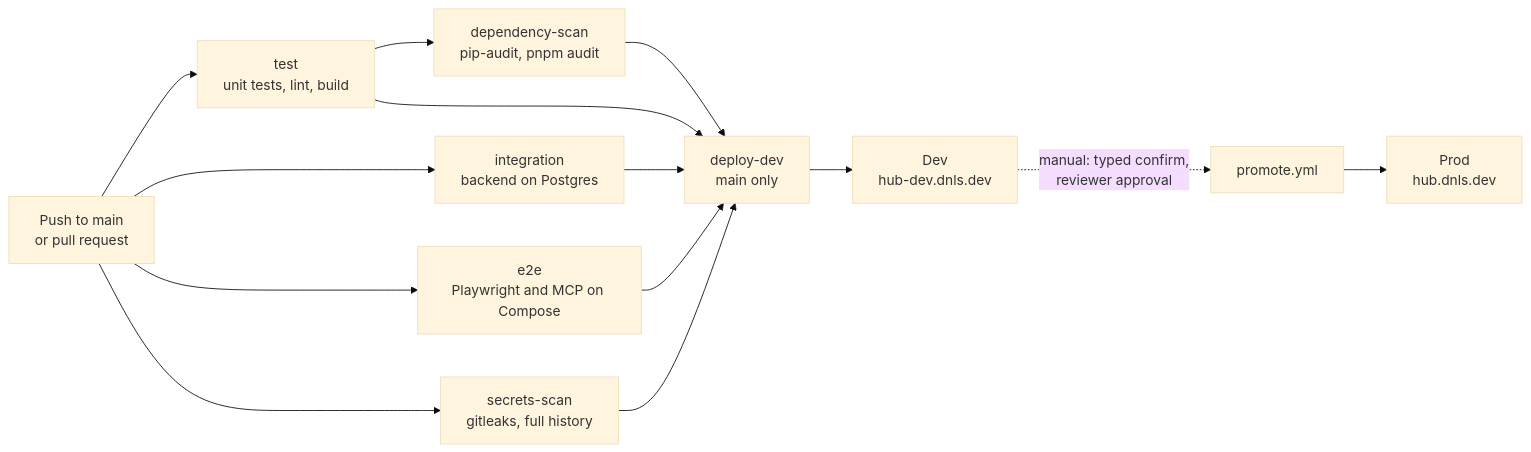
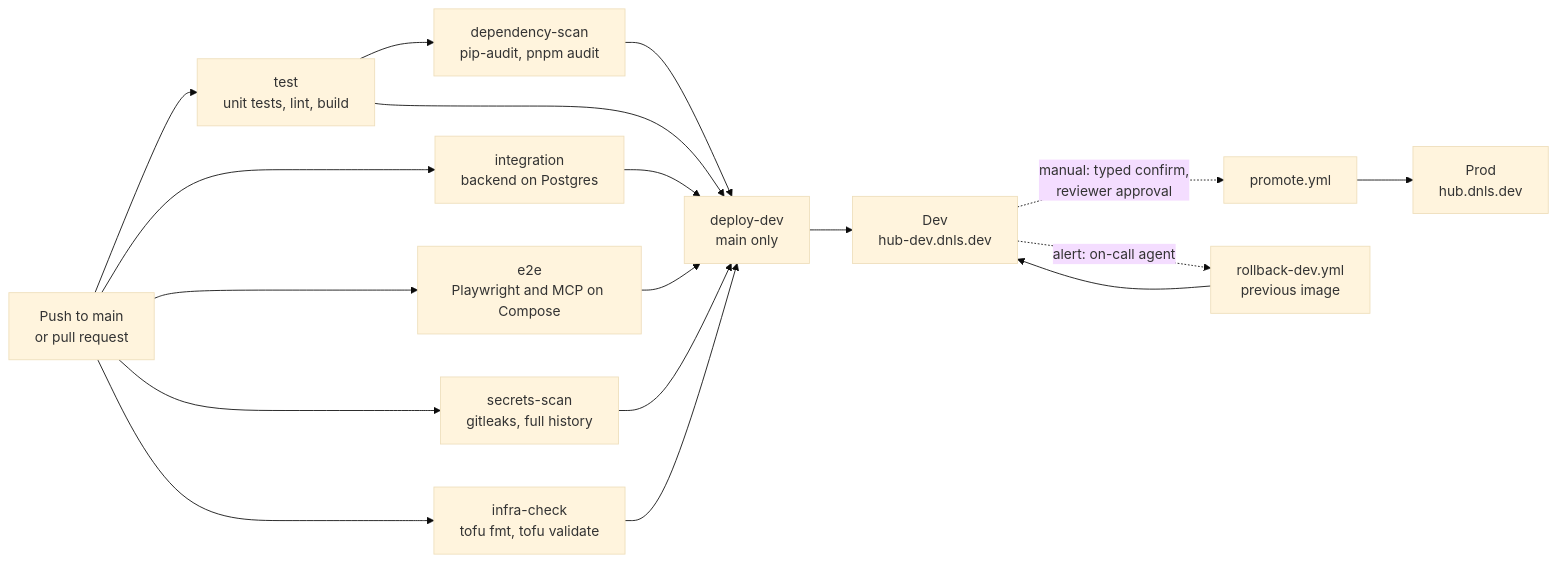
Before and after one commit to rdanielsstat/hub-platform: the third of 4 diagrams in README.md, drawn with Mermaid (base theme). The commit also changed other lines of this file and 20 other files, not shown here.

Commit message:
docs: agent team, tracker links, on-call agent, rollback path and drill runbook; refresh counts

````diff
--- a/README.md
+++ b/README.md
@@ -468,12 +477,15 @@
 ```mermaid
 flowchart LR
     push["Push to main<br/>or pull request"] --> test["test<br/>unit tests, lint, build"]
     push --> integ["integration<br/>backend on Postgres"]
     push --> e2e["e2e<br/>Playwright and MCP on Compose"]
     push --> secrets["secrets-scan<br/>gitleaks, full history"]
+    push --> infra["infra-check<br/>tofu fmt, tofu validate"]
     test --> deps["dependency-scan<br/>pip-audit, pnpm audit"]
-    test & integ & e2e & secrets & deps --> deploy["deploy-dev<br/>main only"]
+    test & integ & e2e & secrets & deps & infra --> deploy["deploy-dev<br/>main only"]
     deploy --> dev["Dev<br/>hub-dev.dnls.dev"]
     dev -.->|"manual: typed confirm,<br/>reviewer approval"| promote["promote.yml"]
     promote --> prod["Prod<br/>hub.dnls.dev"]
+    dev -.->|"alert: on-call agent"| rollback["rollback-dev.yml<br/>previous image"]
+    rollback --> dev
 ```
````
